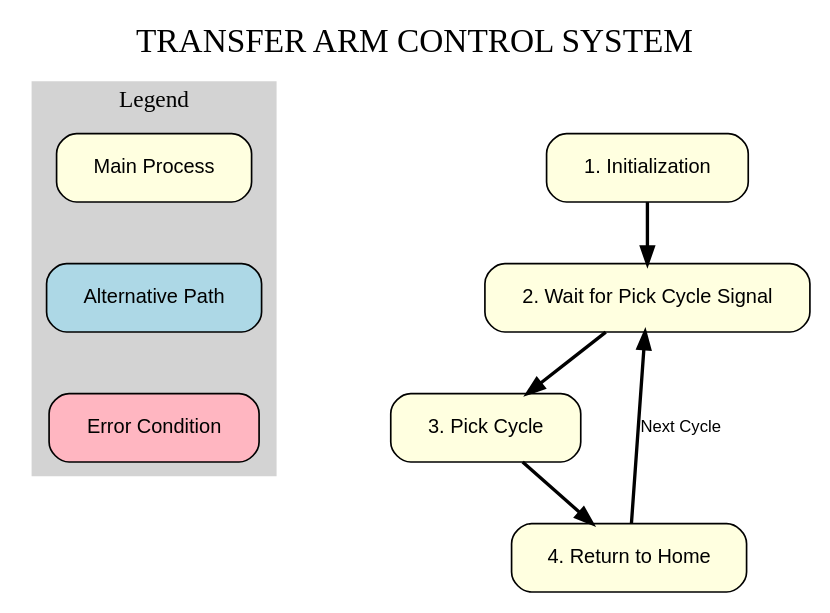
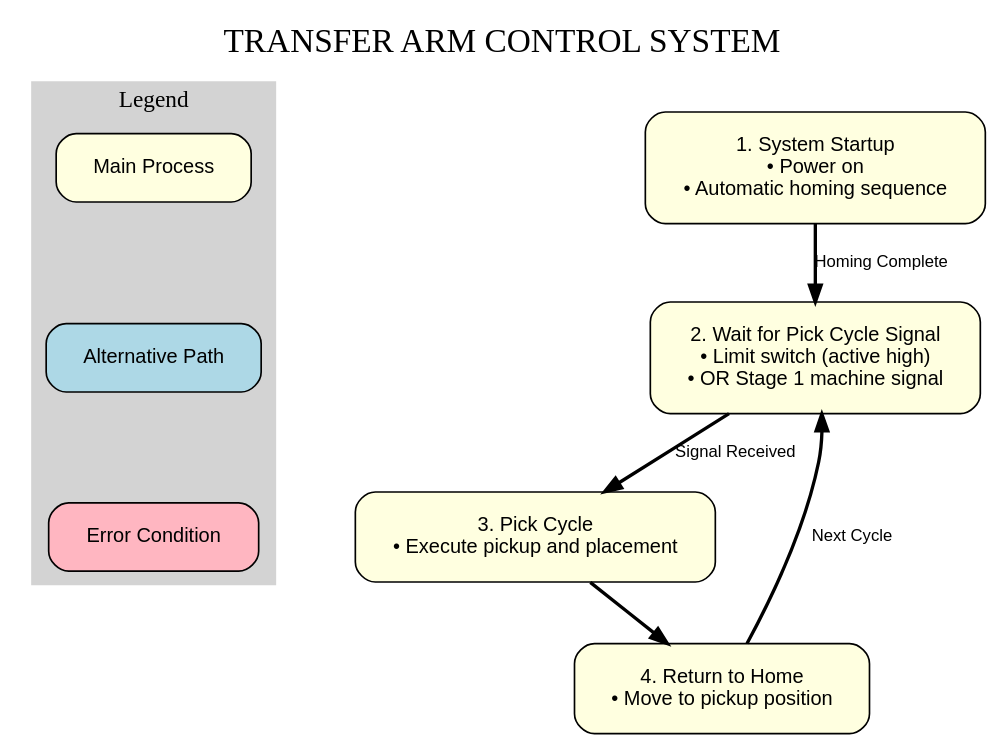
Before and after one commit to akivaweil/Transfer-Arm-TA-Mar25: the diagram in flowchart.dot, drawn with Graphviz. The commit also changed 11 other files, not shown here.

Commit message:
Reorganized code into modular structure with separate files for constants, homing, utilities, and pick cycle

```diff
--- a/flowchart.dot
+++ b/flowchart.dot
@@ -1,39 +1,42 @@
 digraph "Transfer_Arm_Flow" {
     // Graph settings
     graph [fontname="Arial", ranksep=0.5, nodesep=0.8, splines=true];
     node [fontname="Arial", fontsize=12, style="filled,rounded", shape=box, margin="0.3,0.2"];
     edge [fontname="Arial", fontsize=10, penwidth=2];
     
     // Title
     labelloc="t";
     label="TRANSFER ARM CONTROL SYSTEM";
     fontsize=20;
     fontname="Arial Bold";
     
     // Legend
     subgraph cluster_legend {
         label="Legend";
         style=filled;
         color=lightgrey;
         fontsize=14;
         
         legend_main [label="Main Process", fillcolor=lightyellow];
         legend_alt [label="Alternative Path", fillcolor=lightblue];
         legend_error [label="Error Condition", fillcolor=lightpink];
         
         legend_main -> legend_alt [style=invis];
         legend_alt -> legend_error [style=invis];
     }
 
     // Nodes
-    start [label="1. Initialization", fillcolor=lightyellow];
-    wait_pickup [label="2. Wait for Pick Cycle Signal", fillcolor=lightyellow];
-    pick_cycle [label="3. Pick Cycle", fillcolor=lightyellow];
-    return_home [label="4. Return to Home", fillcolor=lightyellow];
+    startup [label="1. System Startup\n• Power on\n• Automatic homing sequence", fillcolor=lightyellow];
+    
+    wait_pickup [label="2. Wait for Pick Cycle Signal\n• Limit switch (active high)\n• OR Stage 1 machine signal", fillcolor=lightyellow];
+    
+    pick_cycle [label="3. Pick Cycle\n• Execute pickup and placement", fillcolor=lightyellow];
+    
+    return_home [label="4. Return to Home\n• Move to pickup position", fillcolor=lightyellow];
     
     // Edges
-    start -> wait_pickup;
-    wait_pickup -> pick_cycle;
+    startup -> wait_pickup [label="Homing Complete"];
+    wait_pickup -> pick_cycle [label="Signal Received"];
     pick_cycle -> return_home;
     return_home -> wait_pickup [label="Next Cycle"];
 } 
```
